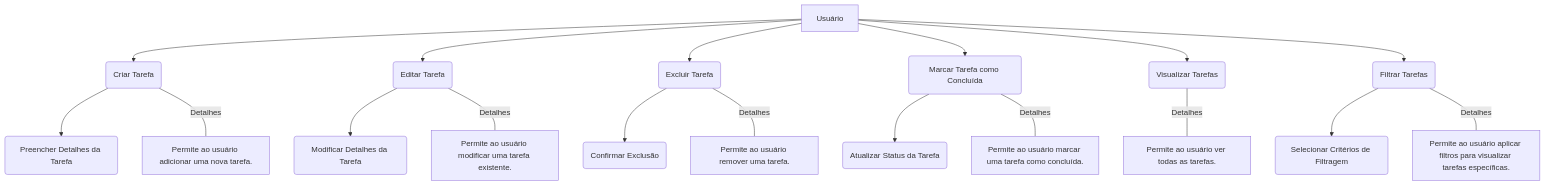
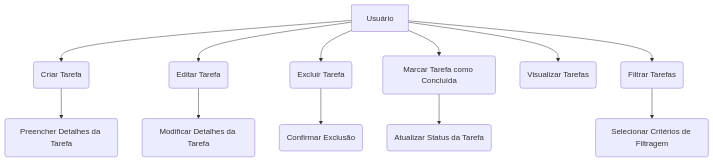
Before and after one commit to TheuZCoder/4-TermoSenai: the fourth of 4 diagrams in Projetos Javascript/ProjetoToDoListNoite/readme.md, drawn with Mermaid.

````diff
--- a/Projetos Javascript/ProjetoToDoListNoite/readme.md
+++ b/Projetos Javascript/ProjetoToDoListNoite/readme.md
@@ -116,24 +116,15 @@
 ```mermaid
 flowchart TD
     Usuario[Usuário] --> CriarTarefa(Criar Tarefa)
     Usuario --> EditarTarefa(Editar Tarefa)
     Usuario --> ExcluirTarefa(Excluir Tarefa)
     Usuario --> MarcarConcluida(Marcar Tarefa como Concluída)
     Usuario --> VisualizarTarefas(Visualizar Tarefas)
     Usuario --> FiltrarTarefas(Filtrar Tarefas)
 
     CriarTarefa --> PreencherDetalhes(Preencher Detalhes da Tarefa)
     EditarTarefa --> ModificarDetalhes(Modificar Detalhes da Tarefa)
     ExcluirTarefa --> ConfirmarExclusao(Confirmar Exclusão)
     MarcarConcluida --> AtualizarStatus(Atualizar Status da Tarefa)
     FiltrarTarefas --> SelecionarCriterios(Selecionar Critérios de Filtragem)
-
-    %% Descrições dos Casos de Uso
-    CriarTarefa ---|Detalhes| CriarTarefaDetails["Permite ao usuário adicionar uma nova tarefa."]
-    EditarTarefa ---|Detalhes| EditarTarefaDetails["Permite ao usuário modificar uma tarefa existente."]
-    ExcluirTarefa ---|Detalhes| ExcluirTarefaDetails["Permite ao usuário remover uma tarefa."]
-    MarcarConcluida ---|Detalhes| MarcarConcluidaDetails["Permite ao usuário marcar uma tarefa como concluída."]
-    VisualizarTarefas ---|Detalhes| VisualizarTarefasDetails["Permite ao usuário ver todas as tarefas."]
-    FiltrarTarefas ---|Detalhes| FiltrarTarefasDetails["Permite ao usuário aplicar filtros para visualizar tarefas específicas."]
-
 ```
````
